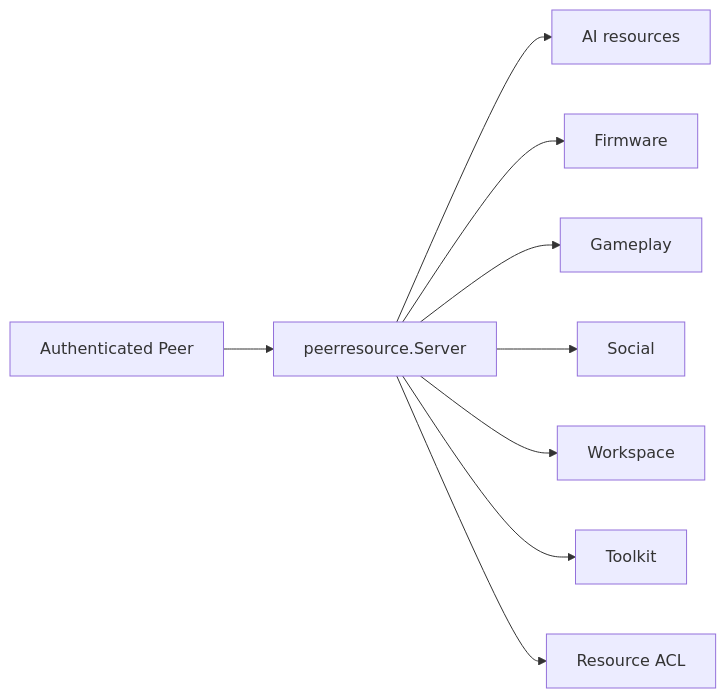
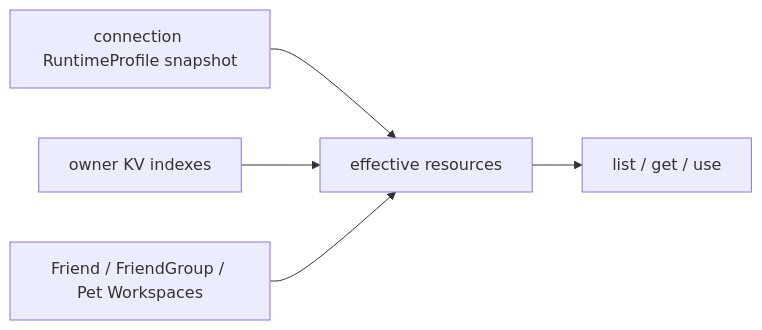
The diagram in guides/en/developing/gizclaw/services/runtime/peerresource.md (GizClaw/gizclaw), drawn with Mermaid before and after one commit. The commit also changed other lines of this file and 574 other files, not shown here.

First line of the commit message:
repo: replace ACL access with ownership and RuntimeProfile (#324)

````diff
--- a/guides/en/developing/gizclaw/services/runtime/peerresource.md
+++ b/guides/en/developing/gizclaw/services/runtime/peerresource.md
@@ -9,11 +9,7 @@
 ```mermaid
 flowchart LR
-    Peer["Authenticated Peer"] --> Server["peerresource.Server"]
-    Server --> AI["AI resources"]
-    Server --> Firmware["Firmware"]
-    Server --> Gameplay["Gameplay"]
-    Server --> Social["Social"]
-    Server --> Workspace["Workspace"]
-    Server --> Tools["Toolkit"]
-    Server --> ACL["Resource ACL"]
+    Registration["connection RuntimeProfile snapshot"] --> Effective["effective resources"]
+    Owner["owner KV indexes"] --> Effective
+    Domain["Friend / FriendGroup / Pet Workspaces"] --> Effective
+    Effective --> RPC["list / get / use"]
 ```
````
